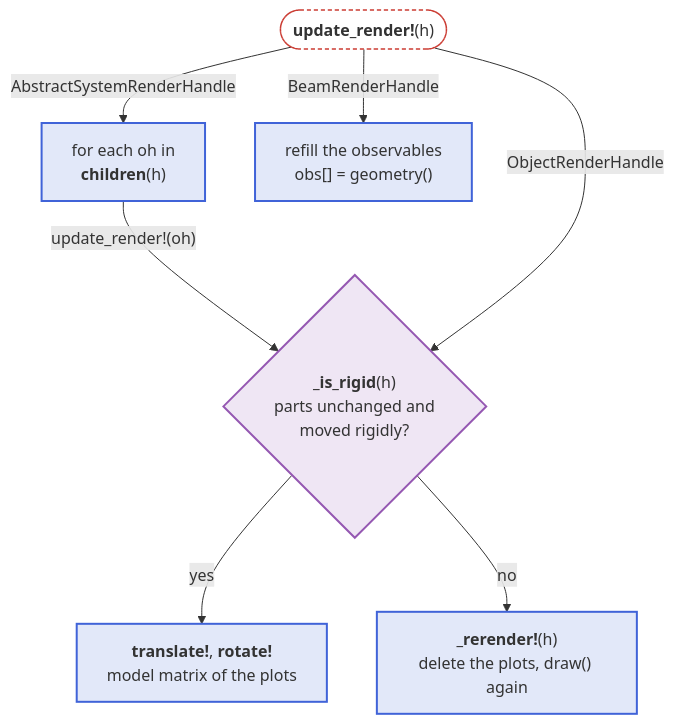
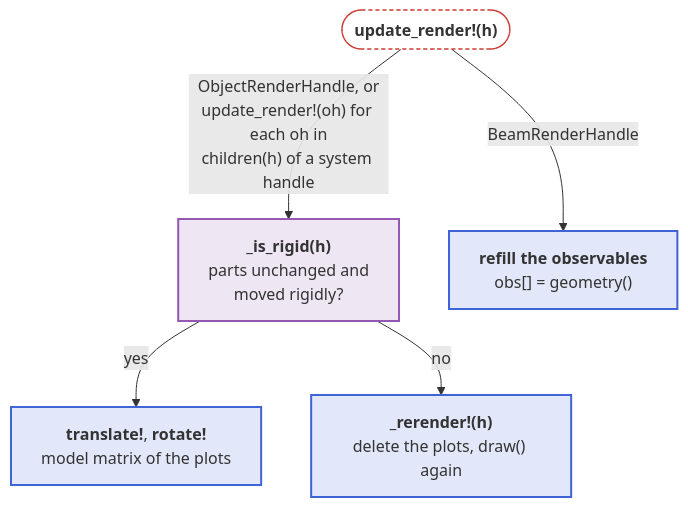
The second of 3 diagrams in docs/src/api/rendering.md (JuliaPhysics/BeamletOptics.jl), drawn with Mermaid before and after one commit. The commit also changed other lines of this file and 8 other files, not shown here.

First line of the commit message:
Docs: diagrams narrow and colored by group, rules in "Readable diagrams"

````diff
--- a/docs/src/api/rendering.md
+++ b/docs/src/api/rendering.md
@@ -57,23 +47,20 @@
 ```mermaid
 flowchart TB
-    U(["<b>update_render!</b>(h)"])
-    SC["for each oh in<br/><b>children</b>(h)"]
-    RG{"<b>_is_rigid</b>(h)<br/>parts unchanged and<br/>moved rigidly?"}
+    U(["<b>update_render!(h)</b>"])
+    RG["<b>_is_rigid(h)</b><br/>parts unchanged and<br/>moved rigidly?"]
+    OB["<b>refill the observables</b><br/>obs[] = geometry()"]
     MM["<b>translate!</b>, <b>rotate!</b><br/>model matrix of the plots"]
-    RR["<b>_rerender!</b>(h)<br/>delete the plots, draw() again"]
-    OB["refill the observables<br/>obs[] = geometry()"]
+    RR["<b>_rerender!(h)</b><br/>delete the plots, draw() again"]
 
-    U -- "AbstractSystemRenderHandle" --> SC
-    SC -- "update_render!(oh)" --> RG
-    U -- "ObjectRenderHandle" --> RG
+    U -- "ObjectRenderHandle, or<br/>update_render!(oh) for each oh in<br/>children(h) of a system handle" --> RG
     U -- "BeamRenderHandle" --> OB
     RG -- yes --> MM
     RG -- no --> RR
 
     classDef blue fill:#4063D826,stroke:#4063D8,stroke-width:2px
     classDef purple fill:#9558B226,stroke:#9558B2,stroke-width:2px
     classDef terminal fill:transparent,stroke:#CB3C33,stroke-width:1.5px,stroke-dasharray:4 3
-    class SC,MM,RR,OB blue
+    class MM,RR,OB blue
     class RG purple
     class U terminal
 ```
````
